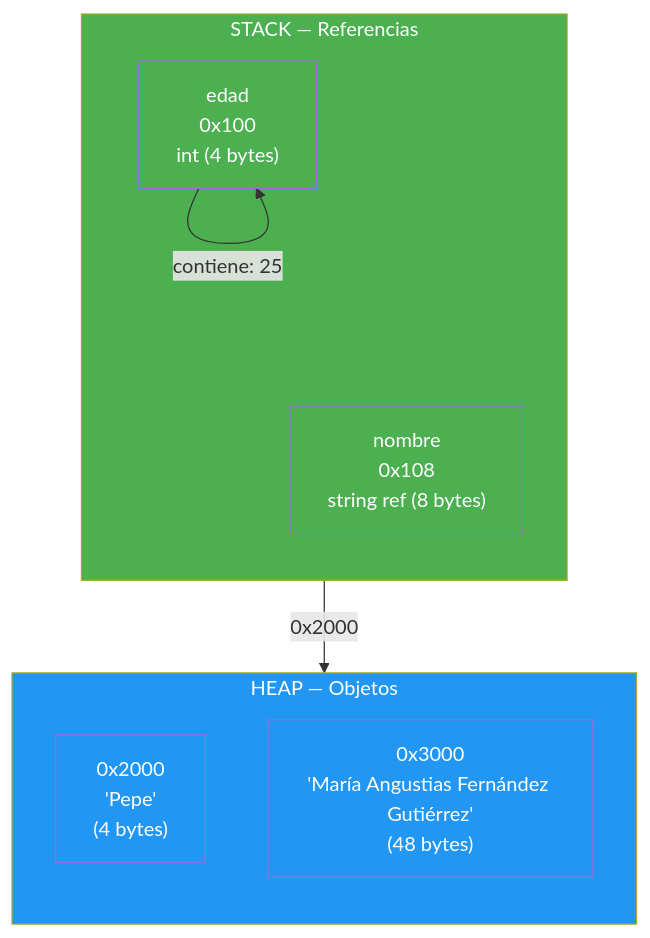
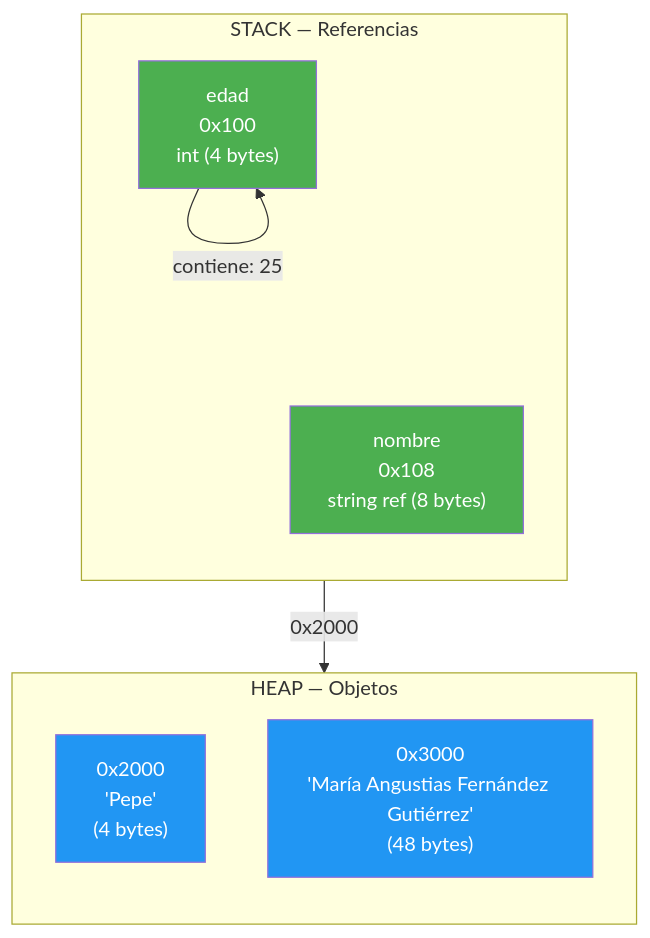
The fifth of 6 diagrams in 05-tipos-datos.md (joseluisgs/Programacion-01-2026-2027), drawn with Mermaid before and after one commit. The commit also changed other lines of this file and 3 other files, not shown here.

First line of the commit message:
docs: elimina los style de los subgraf de los diagramas Mermaid

````diff
--- a/05-tipos-datos.md
+++ b/05-tipos-datos.md
@@ -565,21 +558,19 @@
 ```mermaid
 graph TB
     subgraph STACK ["STACK — Referencias"]
         direction TB
         EDAD["edad<br/>0x100<br/>int (4 bytes)"]
         NOMBRE["nombre<br/>0x108<br/>string ref (8 bytes)"]
     end
     subgraph HEAP ["HEAP — Objetos"]
         direction TB
         OBJ1["0x2000<br/>'Pepe'<br/>(4 bytes)"]
         OBJ2["0x3000<br/>'María Angustias Fernández Gutiérrez'<br/>(48 bytes)"]
     end
     EDAD -->|"contiene: 25"| EDAD
     NOMBRE -->|"0x2000"| OBJ1
-    style STACK fill:#4CAF50,color:#fff
-    style HEAP fill:#2196F3,color:#fff
 style EDAD fill:#4CAF50,color:#fff
   style NOMBRE fill:#4CAF50,color:#fff
   style OBJ1 fill:#2196F3,color:#fff
   style OBJ2 fill:#2196F3,color:#fff
 ```
````
